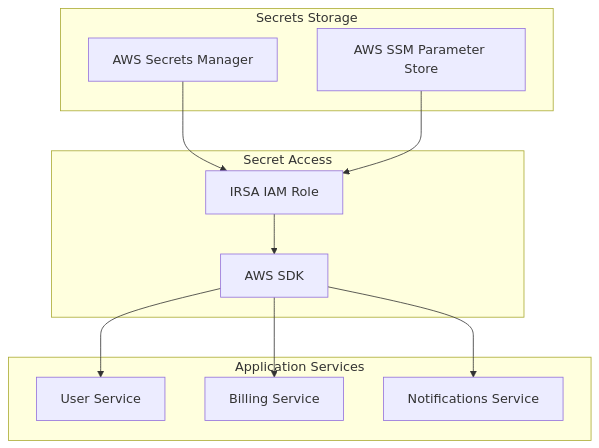
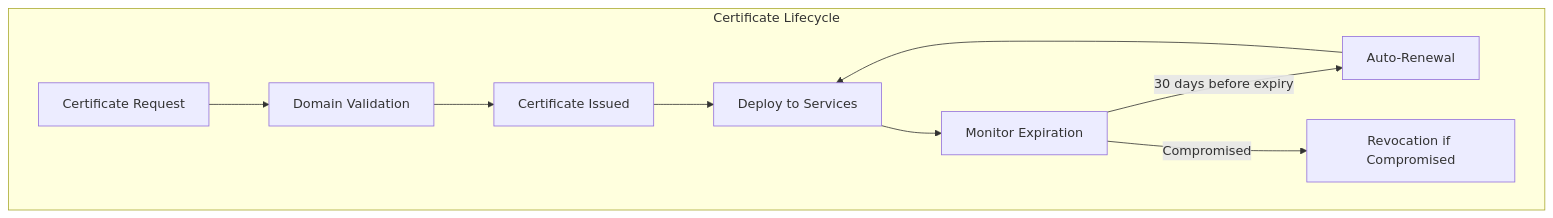
Before and after one commit to lucasrfreitasbr/ey-multitenant-architecture: the diagram in docs/07-security-zero-trust.md, drawn with Mermaid. The commit also changed other lines of this file and 14 other files, not shown here.

````diff
--- a/docs/07-security-zero-trust.md
+++ b/docs/07-security-zero-trust.md
@@ -150,25 +542,20 @@
 ```mermaid
 graph TB
-    subgraph "Secrets Storage"
-        SecretsManager[AWS Secrets Manager]
-        SSM[AWS SSM Parameter Store]
+    subgraph "Certificate Lifecycle"
+        Request[Certificate Request]
+        Validate[Domain Validation]
+        Issue[Certificate Issued]
+        Deploy[Deploy to Services]
+        Monitor[Monitor Expiration]
+        Renew[Auto-Renewal]
+        Revoke[Revocation if Compromised]
     end
     
-    subgraph "Application Services"
-        UserService[User Service]
-        BillingService[Billing Service]
-        NotificationsService[Notifications Service]
-    end
-    
-    subgraph "Secret Access"
-        IRSA[IRSA IAM Role]
-        SDK[AWS SDK]
-    end
-    
-    SecretsManager --> IRSA
-    SSM --> IRSA
-    IRSA --> SDK
-    SDK --> UserService
-    SDK --> BillingService
-    SDK --> NotificationsService
+    Request --> Validate
+    Validate --> Issue
+    Issue --> Deploy
+    Deploy --> Monitor
+    Monitor -->|30 days before expiry| Renew
+    Monitor -->|Compromised| Revoke
+    Renew --> Deploy
 ```
````
